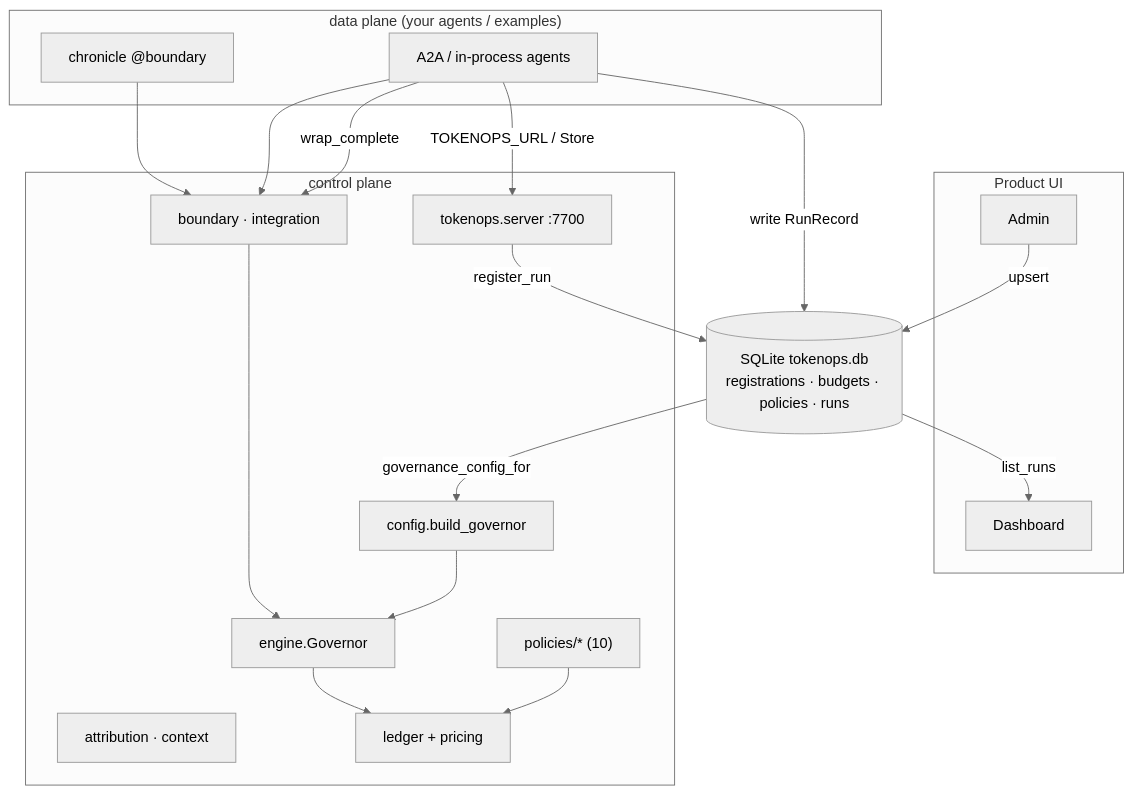
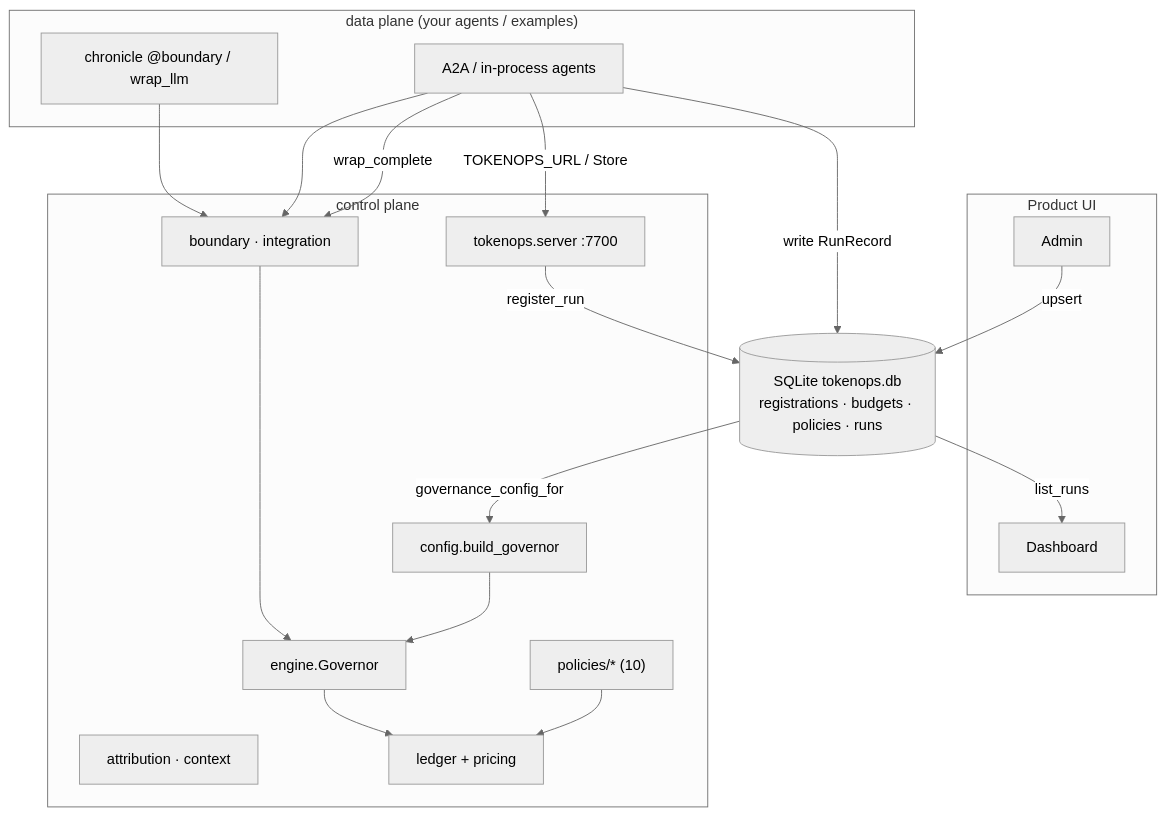
Before and after one commit to theagentplane/tokenops: the diagram in docs/architecture.md, drawn with Mermaid (neutral theme). The commit also changed other lines of this file and 63 other files, not shown here.

First line of the commit message:
Harden TokenOps integration UX with ambient run scope and Chronicle wrap_llm.

````diff
--- a/docs/architecture.md
+++ b/docs/architecture.md
@@ -29,38 +29,38 @@
 ```mermaid
 graph TD
     subgraph dataplane["data plane (your agents / examples)"]
         agent["A2A / in-process agents"]
-        chronicle["chronicle @boundary"]
+        chronicle["chronicle @boundary / wrap_llm"]
     end
 
     subgraph uis["Product UI"]
         admin["Admin"]
         dash["Dashboard"]
     end
 
     store[("SQLite tokenops.db\nregistrations · budgets · policies · runs")]
 
     subgraph control["control plane"]
         attr["attribution · context"]
         boundary["boundary · integration"]
         cfg["config.build_governor"]
         engine["engine.Governor"]
         policies["policies/* (10)"]
         ledger["ledger + pricing"]
         plane["tokenops.server :7700"]
     end
 
     plane -->|register_run| store
     agent -->|TOKENOPS_URL / Store| plane
     admin -->|upsert| store
     store -->|governance_config_for| cfg
     agent -->|write RunRecord| store
     store -->|list_runs| dash
     chronicle --> boundary
     boundary --> engine
     agent --> boundary
     agent -->|wrap_complete| boundary
     cfg --> engine
     engine --> ledger
     policies --> ledger
 ```
````
